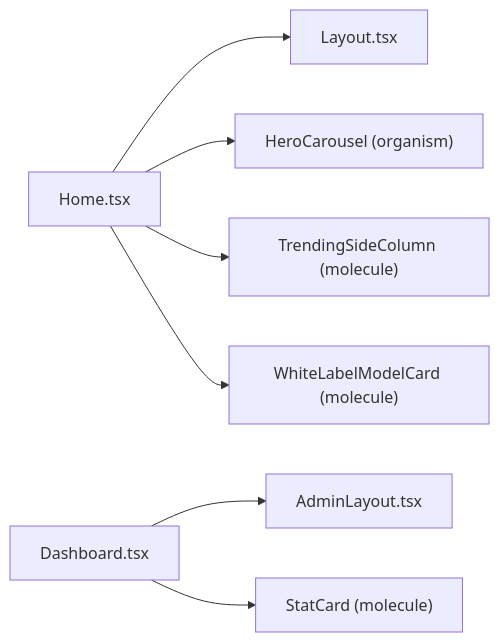
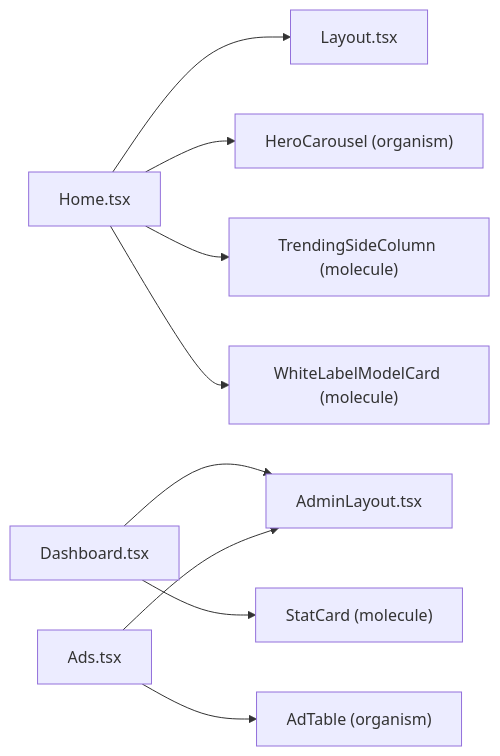
One commit to eromedrive2tb-gif/Avitrine changed the fifth of 9 diagrams in .qoder/repowiki/en/content/System Architecture/Frontend Architecture.md. Above: the diagram before and after it, drawn with Mermaid. The commit also changed other lines of this file and 18 other files, not shown here.

````diff
--- a/.qoder/repowiki/en/content/System Architecture/Frontend Architecture.md
+++ b/.qoder/repowiki/en/content/System Architecture/Frontend Architecture.md
@@ -180,9 +293,11 @@
 ```mermaid
 graph LR
 HP["Home.tsx"] --> LT["Layout.tsx"]
 HP --> HC["HeroCarousel (organism)"]
 HP --> TSC["TrendingSideColumn (molecule)"]
 HP --> WLMC["WhiteLabelModelCard (molecule)"]
 AD["Dashboard.tsx"] --> ALT["AdminLayout.tsx"]
 AD --> ST["StatCard (molecule)"]
+AA["Ads.tsx"] --> ALT
+AA --> AT["AdTable (organism)"]
 ```
````
